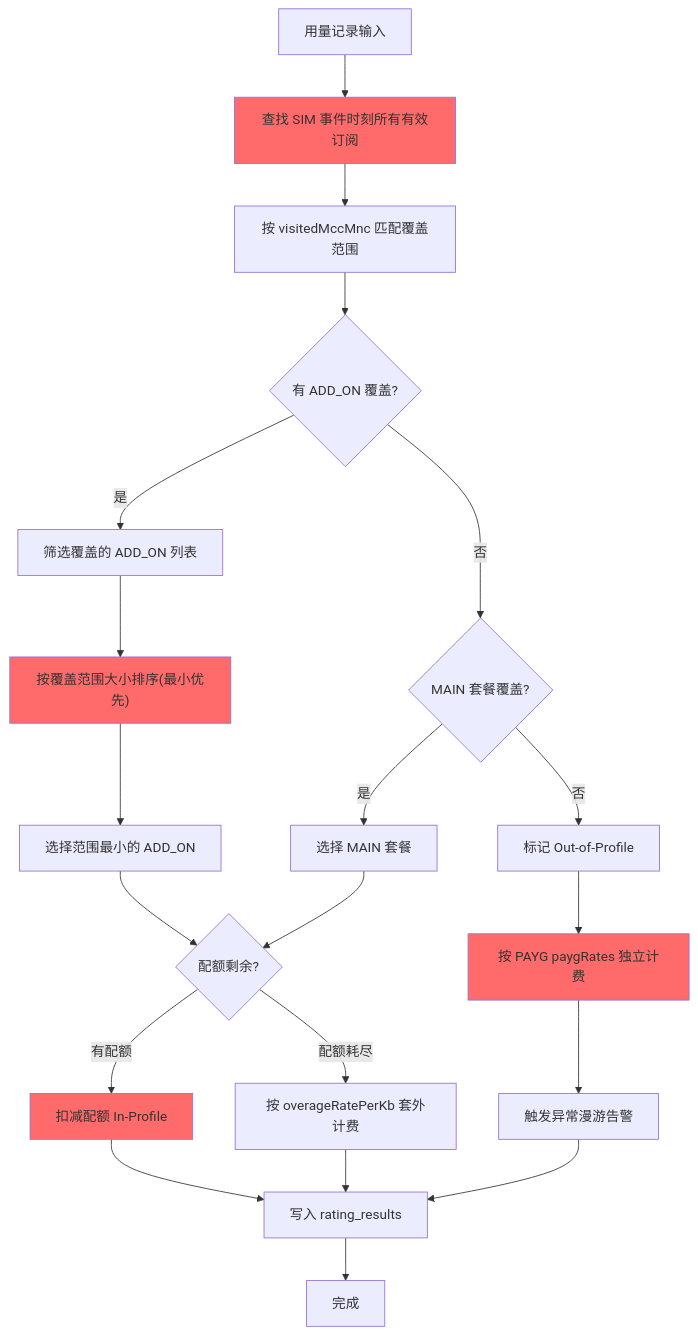
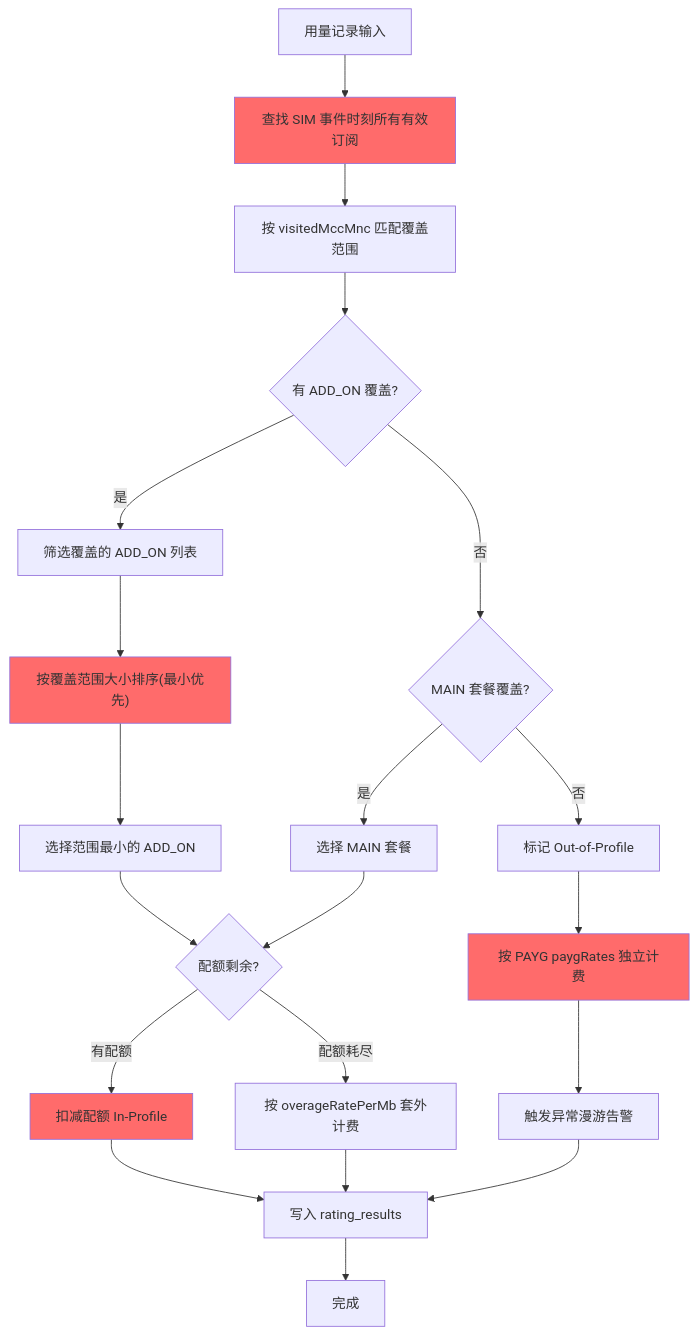
Before and after one commit to Stewart-Yang-85/CMP: the ninth of 16 diagrams in specs/20260208-iot-cmp-reseller/technical-design.md, drawn with Mermaid. The commit also changed other lines of this file and 66 other files, not shown here.

````diff
--- a/specs/20260208-iot-cmp-reseller/technical-design.md
+++ b/specs/20260208-iot-cmp-reseller/technical-design.md
@@ -1238,29 +1254,29 @@
 ```mermaid
 graph TD
     Start["用量记录输入"] --> A["查找 SIM 事件时刻所有有效订阅"]
     A --> B["按 visitedMccMnc 匹配覆盖范围"]
     B --> C{"有 ADD_ON 覆盖?"}
     C -->|"是"| D["筛选覆盖的 ADD_ON 列表"]
     D --> E["按覆盖范围大小排序(最小优先)"]
     E --> F["选择范围最小的 ADD_ON"]
     C -->|"否"| G{"MAIN 套餐覆盖?"}
     G -->|"是"| H["选择 MAIN 套餐"]
     G -->|"否"| I["标记 Out-of-Profile"]
 
     F --> J{"配额剩余?"}
     H --> J
     J -->|"有配额"| K["扣减配额 In-Profile"]
-    J -->|"配额耗尽"| L["按 overageRatePerKb 套外计费"]
+    J -->|"配额耗尽"| L["按 overageRatePerMb 套外计费"]
     I --> M["按 PAYG paygRates 独立计费"]
     M --> N["触发异常漫游告警"]
 
     K --> O["写入 rating_results"]
     L --> O
     N --> O
     O --> End["完成"]
 
     style A fill:#ff6b6b
     style E fill:#ff6b6b
     style K fill:#ff6b6b
     style M fill:#ff6b6b
 ```
````
